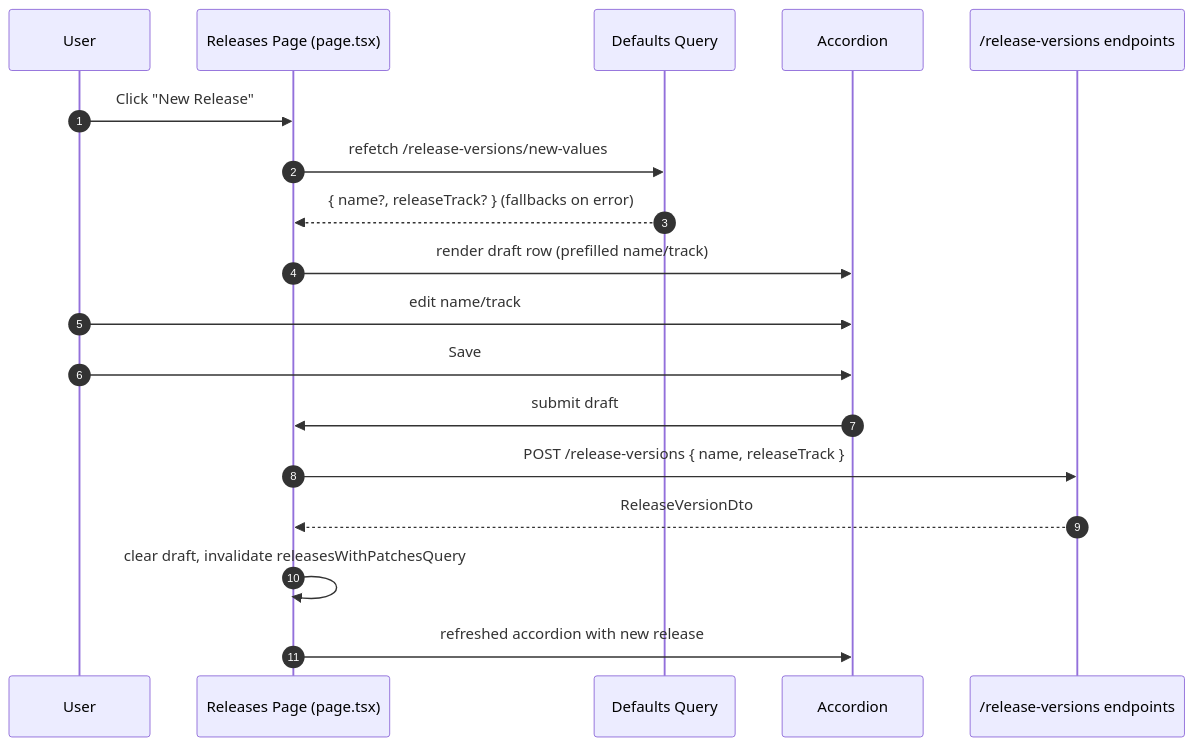
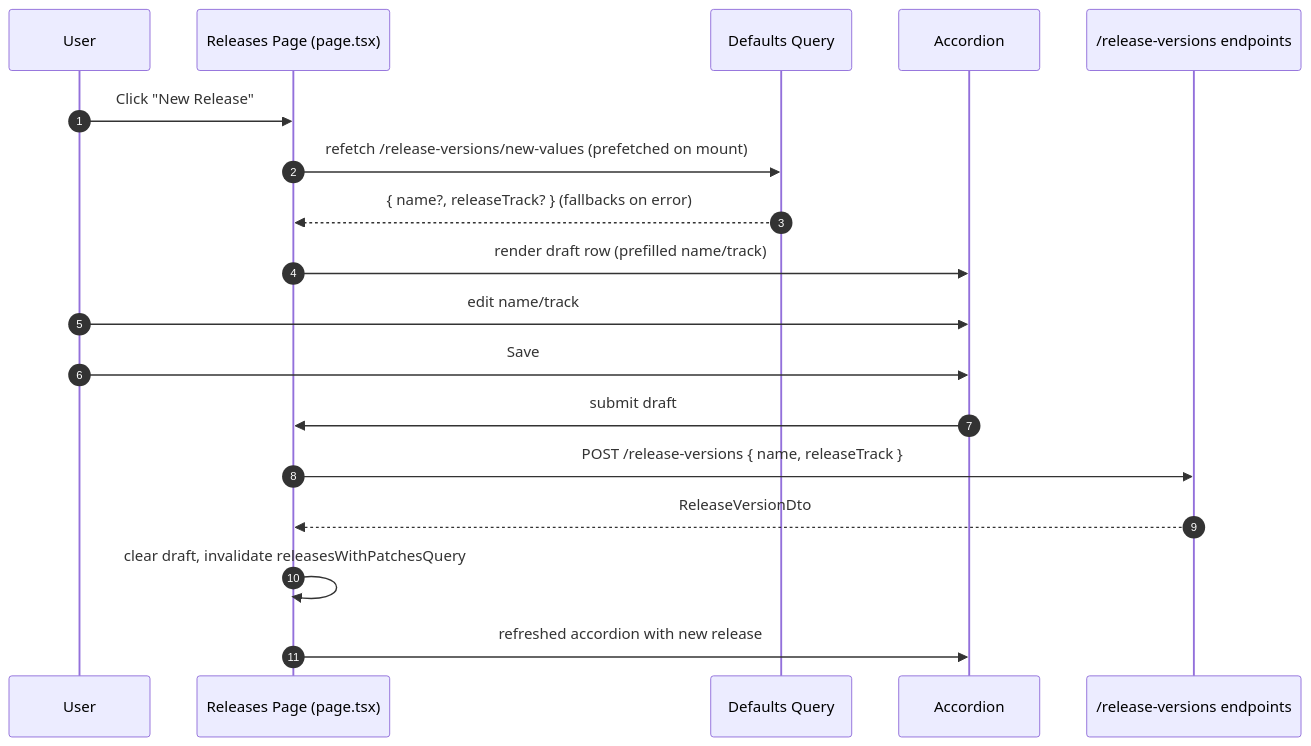
Before and after one commit to 01capitain/jira-release-manager: the diagram in docs/frontend-views/create-release-version.md, drawn with Mermaid. The commit also changed other lines of this file and 4 other files, not shown here.

````diff
--- a/docs/frontend-views/create-release-version.md
+++ b/docs/frontend-views/create-release-version.md
@@ -12,21 +13,21 @@
 ```mermaid
 sequenceDiagram
     autonumber
     participant U as User
     participant P as Releases Page (page.tsx)
     participant D as Defaults Query
     participant A as Accordion
     participant API as /release-versions endpoints
 
     U->>P: Click "New Release"
-    P->>D: refetch /release-versions/new-values
+    P->>D: refetch /release-versions/new-values (prefetched on mount)
     D-->>P: { name?, releaseTrack? } (fallbacks on error)
     P->>A: render draft row (prefilled name/track)
     U->>A: edit name/track
     U->>A: Save
     A->>P: submit draft
     P->>API: POST /release-versions { name, releaseTrack }
     API-->>P: ReleaseVersionDto
     P->>P: clear draft, invalidate releasesWithPatchesQuery
     P->>A: refreshed accordion with new release
 ```
````
